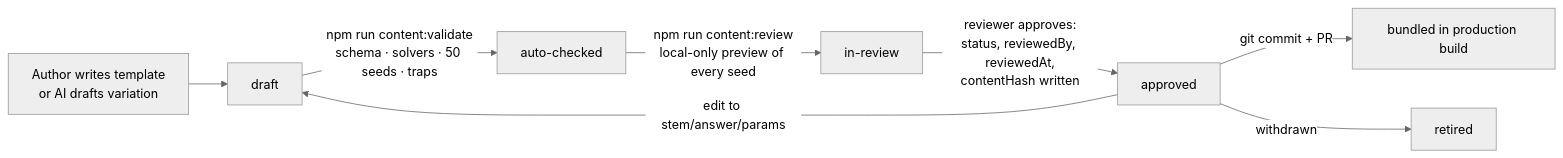
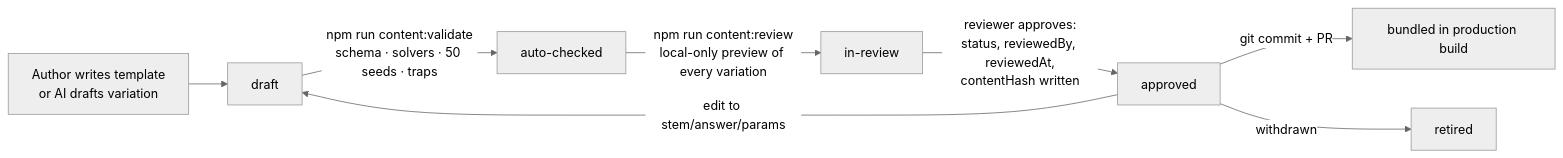
The diagram in docs/05-content-and-checking.md (Devil-Atharva/SOLO-LEVELING-), drawn with Mermaid (neutral theme) before and after one commit. The commit also changed other lines of this file and 107 other files, not shown here.

````diff
--- a/docs/05-content-and-checking.md
+++ b/docs/05-content-and-checking.md
@@ -191,10 +191,10 @@
 ```mermaid
 flowchart LR
   A[Author writes template<br/>or AI drafts variation] --> B[draft]
   B -->|npm run content:validate<br/>schema · solvers · 50 seeds · traps| C[auto-checked]
-  C -->|npm run content:review<br/>local-only preview of every seed| D[in-review]
+  C -->|npm run content:review<br/>local-only preview of every variation| D[in-review]
   D -->|reviewer approves:<br/>status, reviewedBy, reviewedAt,<br/>contentHash written| E[approved]
   E -->|git commit + PR| F[bundled in production build]
   E -->|edit to stem/answer/params| B
   E -->|withdrawn| G[retired]
 ```
````
